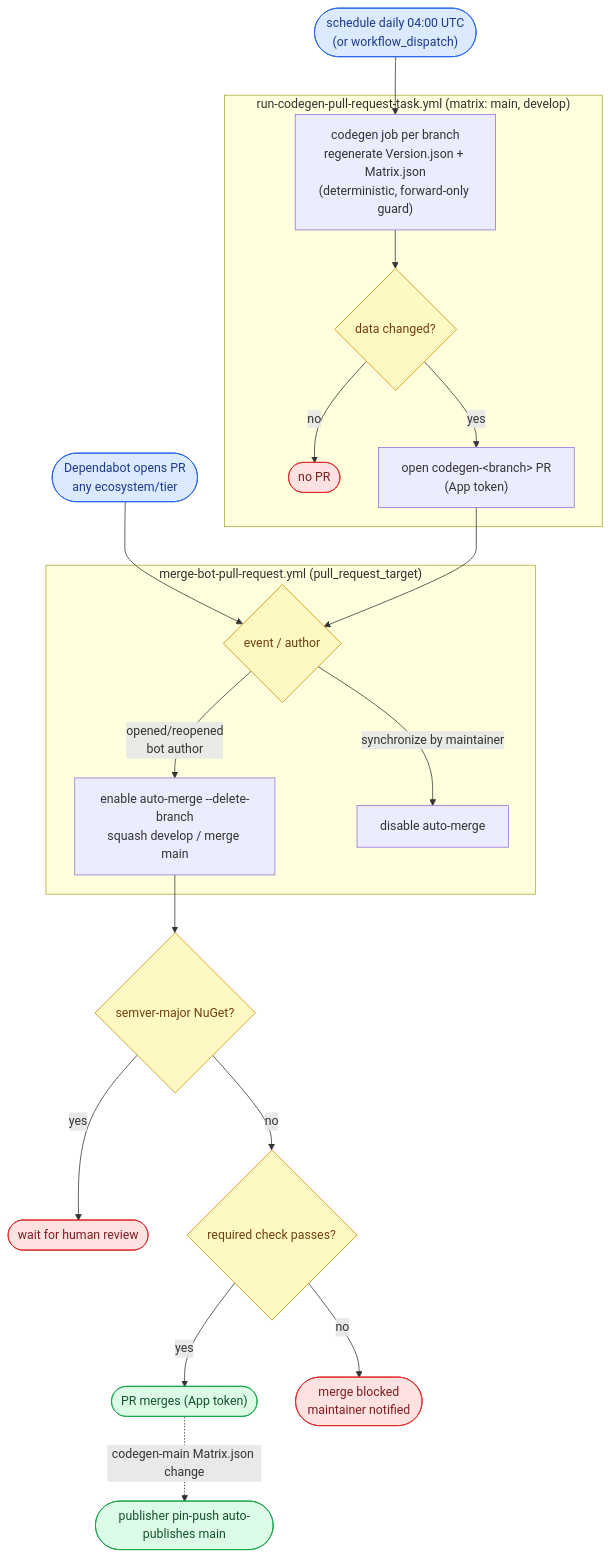
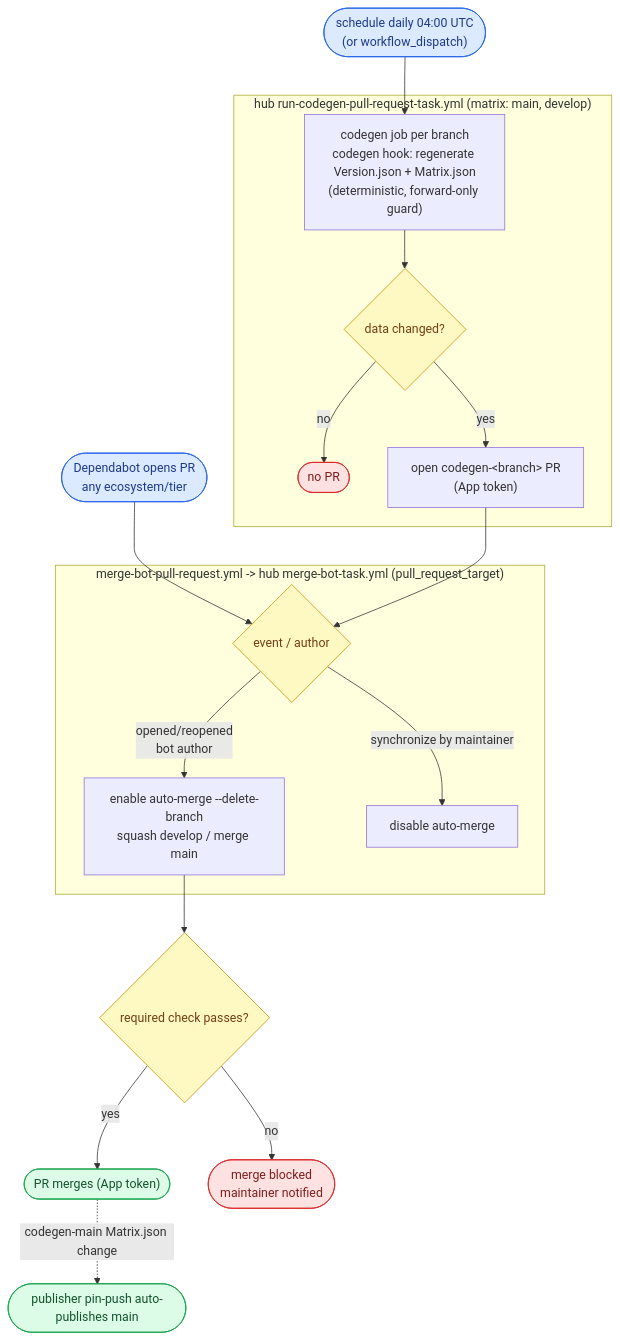
Before and after one commit to ptr727/NxWitness: the third of 4 diagrams in WORKFLOW.md, drawn with Mermaid. The commit also changed other lines of this file and 17 other files, not shown here.

````diff
--- a/WORKFLOW.md
+++ b/WORKFLOW.md
@@ -294,26 +314,24 @@
 ```mermaid
 flowchart TD
     SCH(["schedule daily 04:00 UTC<br/>(or workflow_dispatch)"]):::trig --> CG
-    subgraph CGT ["run-codegen-pull-request-task.yml (matrix: main, develop)"]
-        CG["codegen job per branch<br/>regenerate Version.json + Matrix.json<br/>(deterministic, forward-only guard)"] --> CGC{"data changed?"}:::gate
+    subgraph CGT ["hub run-codegen-pull-request-task.yml (matrix: main, develop)"]
+        CG["codegen job per branch<br/>codegen hook: regenerate Version.json + Matrix.json<br/>(deterministic, forward-only guard)"] --> CGC{"data changed?"}:::gate
         CGC -- "no" --> CGN(["no PR"]):::stop
         CGC -- "yes" --> CPR["open codegen-&lt;branch&gt; PR<br/>(App token)"]
     end
     DEP(["Dependabot opens PR<br/>any ecosystem/tier"]):::trig --> MB
     CPR --> MB
-    subgraph MBT ["merge-bot-pull-request.yml (pull_request_target)"]
+    subgraph MBT ["merge-bot-pull-request.yml -> hub merge-bot-task.yml (pull_request_target)"]
         MB{"event / author"}:::gate
         MB -- "opened/reopened<br/>bot author" --> EN["enable auto-merge --delete-branch<br/>squash develop / merge main"]
         MB -- "synchronize by maintainer" --> DIS["disable auto-merge"]
     end
-    EN --> SM{"semver-major NuGet?"}:::gate
-    SM -- "yes" --> HUM(["wait for human review"]):::stop
-    SM -- "no" --> CK{"required check passes?"}:::gate
+    EN --> CK{"required check passes?"}:::gate
     CK -- "yes" --> MRG(["PR merges (App token)"]):::pub
     CK -- "no" --> BLK(["merge blocked<br/>maintainer notified"]):::stop
     MRG -. "codegen-main Matrix.json change" .-> PUBR(["publisher pin-push auto-publishes main"]):::pub
     classDef trig fill:#dbeafe,stroke:#2563eb,color:#1e3a8a
     classDef gate fill:#fef9c3,stroke:#ca8a04,color:#713f12
     classDef pub fill:#dcfce7,stroke:#16a34a,color:#14532d
     classDef stop fill:#fee2e2,stroke:#dc2626,color:#7f1d1d
 ```
````
